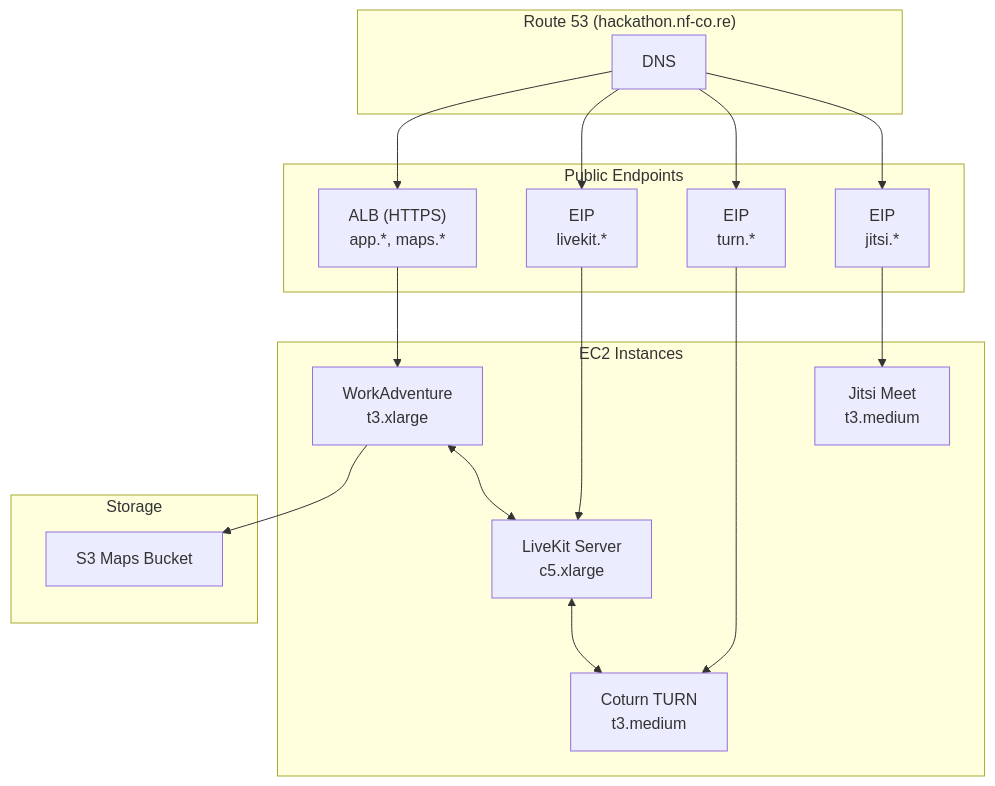
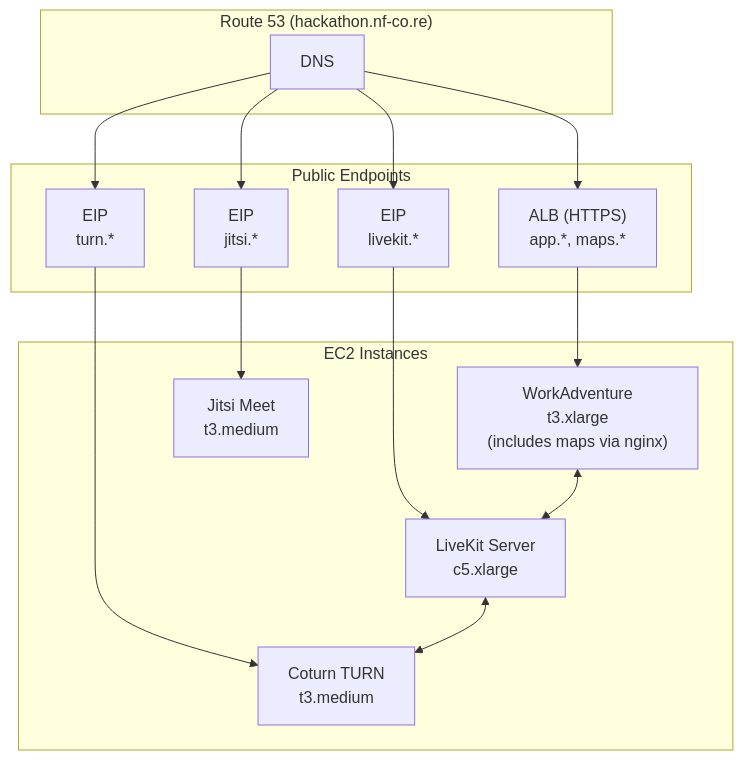
One commit to nf-core/ops changed the diagram in README.md. Above: the diagram before and after it, drawn with Mermaid. The commit also changed other lines of this file and 1 other file, not shown here.

````diff
--- a/README.md
+++ b/README.md
@@ -108,38 +108,33 @@
 ```mermaid
 flowchart TB
     subgraph DNS["Route 53 (hackathon.nf-co.re)"]
         R53[DNS]
     end
 
     subgraph Entrypoints["Public Endpoints"]
         ALB["ALB (HTTPS)<br/>app.*, maps.*"]
         EIP_LK["EIP<br/>livekit.*"]
         EIP_TURN["EIP<br/>turn.*"]
         EIP_JITSI["EIP<br/>jitsi.*"]
     end
 
     subgraph Compute["EC2 Instances"]
-        WA["WorkAdventure<br/>t3.xlarge"]
+        WA["WorkAdventure<br/>t3.xlarge<br/>(includes maps via nginx)"]
         LK["LiveKit Server<br/>c5.xlarge"]
         TURN["Coturn TURN<br/>t3.medium"]
         JITSI["Jitsi Meet<br/>t3.medium"]
-    end
-
-    subgraph Storage["Storage"]
-        S3["S3 Maps Bucket"]
     end
 
     R53 --> ALB
     R53 --> EIP_LK
     R53 --> EIP_TURN
     R53 --> EIP_JITSI
 
     ALB --> WA
     EIP_LK --> LK
     EIP_TURN --> TURN
     EIP_JITSI --> JITSI
 
-    WA --> S3
     WA <--> LK
     LK <--> TURN
 ```
````
